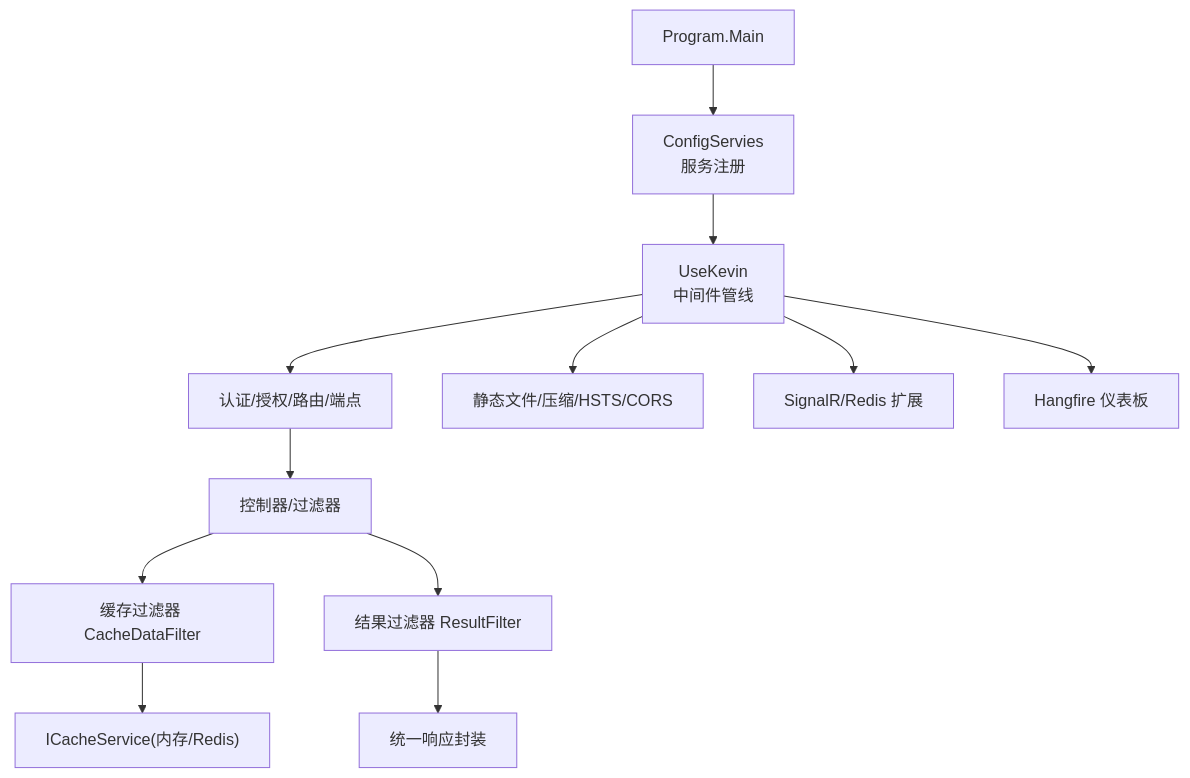
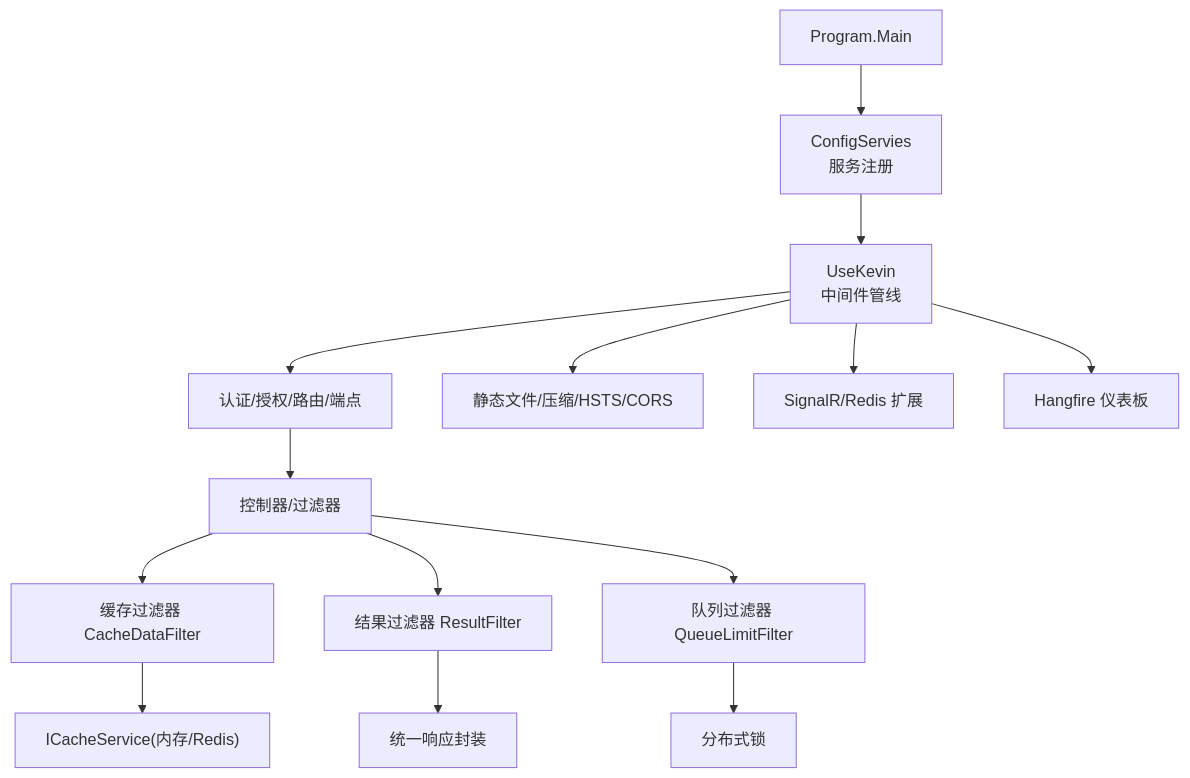
Before and after one commit to junkai-li/NetCoreKevin: the first of 10 diagrams in .qoder/repowiki/zh/content/部署运维/性能优化.md, drawn with Mermaid. The commit also changed other lines of this file and 45 other files, not shown here.

````diff
--- a/.qoder/repowiki/zh/content/部署运维/性能优化.md
+++ b/.qoder/repowiki/zh/content/部署运维/性能优化.md
@@ -46,14 +50,16 @@
 ```mermaid
 graph TB
 A["Program.Main"] --> B["ConfigServies<br/>服务注册"]
 B --> C["UseKevin<br/>中间件管线"]
 C --> D["认证/授权/路由/端点"]
 C --> E["静态文件/压缩/HSTS/CORS"]
 C --> F["SignalR/Redis 扩展"]
 C --> G["Hangfire 仪表板"]
 D --> H["控制器/过滤器"]
 H --> I["缓存过滤器 CacheDataFilter"]
 H --> J["结果过滤器 ResultFilter"]
-I --> K["ICacheService(内存/Redis)"]
-J --> L["统一响应封装"]
+H --> K["队列过滤器 QueueLimitFilter"]
+I --> L["ICacheService(内存/Redis)"]
+J --> M["统一响应封装"]
+K --> N["分布式锁"]
 ```
````
